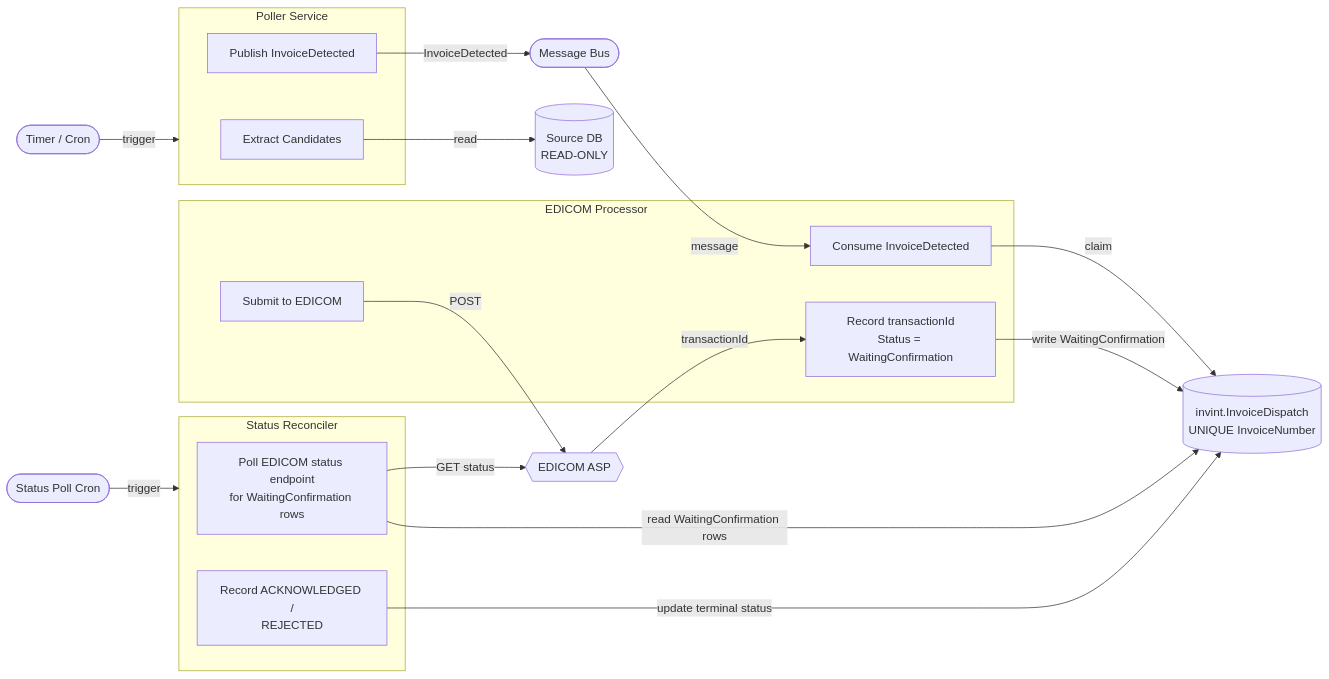
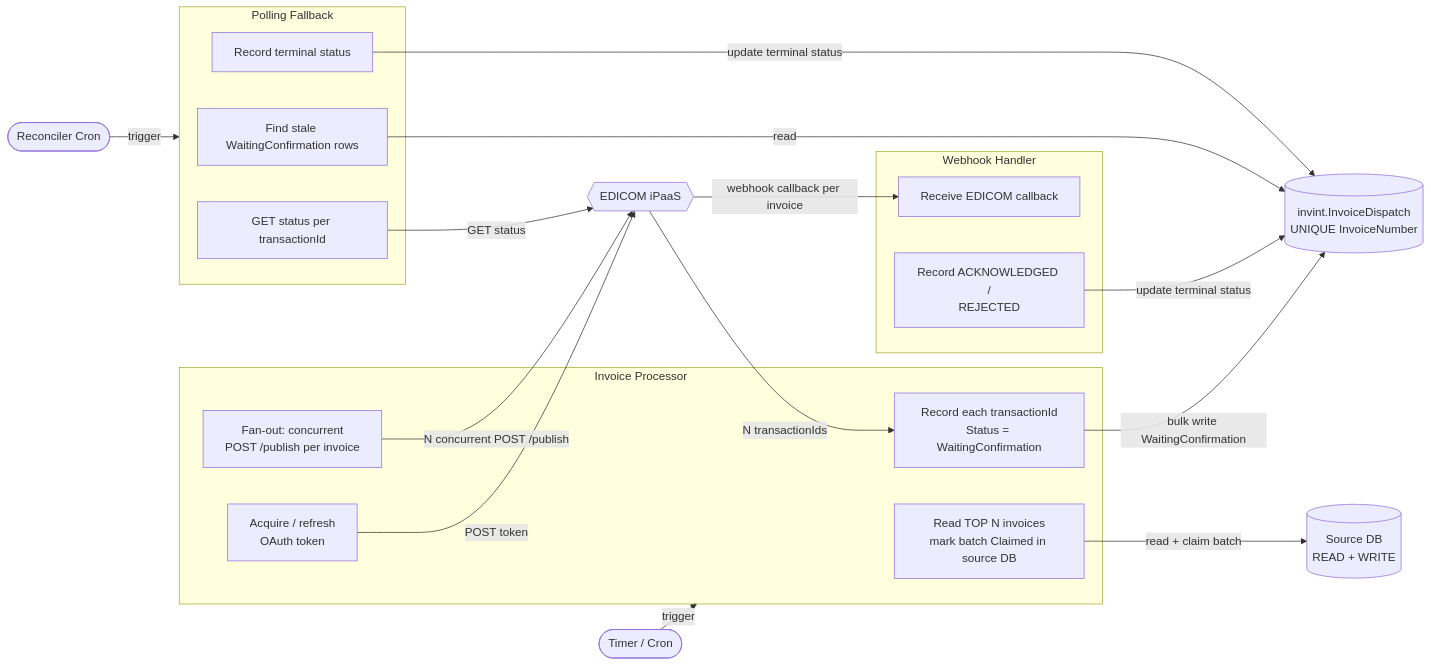
The third of 5 diagrams in InvoiceIntegrator/ARCHITECTURE-OPTIONS.md (ctorresunimag95/Designs), drawn with Mermaid before and after one commit. The commit also changed other lines of this file and 1 other file, not shown here.

````diff
--- a/InvoiceIntegrator/ARCHITECTURE-OPTIONS.md
+++ b/InvoiceIntegrator/ARCHITECTURE-OPTIONS.md
@@ -68,39 +130,40 @@
 ```mermaid
 flowchart LR
     Sched([Timer / Cron])
-    StatusSched([Status Poll Cron])
+    StatusSched([Reconciler Cron])
 
-    subgraph Poller[Poller Service]
-        Extract[Extract Candidates]
-        Publish[Publish InvoiceDetected]
+    subgraph Processor[Invoice Processor]
+        Poll[Read TOP N invoices\nmark batch Claimed in source DB]
+        Token[Acquire / refresh\nOAuth token]
+        Fan[Fan-out: concurrent\nPOST /publish per invoice]
+        RecordBatch[Record each transactionId\nStatus = WaitingConfirmation]
     end
 
-    subgraph Processor[EDICOM Processor]
-        Consume[Consume InvoiceDetected]
-        Submit[Submit to EDICOM]
-        RecordTxn[Record transactionId\nStatus = WaitingConfirmation]
-    end
-
-    subgraph Reconciler[Status Reconciler]
-        PollStatus[Poll EDICOM status endpoint\nfor WaitingConfirmation rows]
+    subgraph Webhook[Webhook Handler]
+        Receive[Receive EDICOM callback]
         RecordFinal[Record ACKNOWLEDGED /\nREJECTED]
     end
 
-    Source[(Source DB\nREAD-ONLY)]
+    subgraph Reconciler[Polling Fallback]
+        FindStale[Find stale WaitingConfirmation rows]
+        PollStatus[GET status per transactionId]
+        RecordFallback[Record terminal status]
+    end
+
+    Source[(Source DB\nREAD + WRITE)]
     Track[(invint.InvoiceDispatch\nUNIQUE InvoiceNumber)]
-    Bus([Message Bus])
-    Edicom{{EDICOM ASP}}
+    Edicom{{EDICOM iPaaS}}
 
-    Sched -- trigger --> Poller
-    Extract -- read --> Source
-    Publish -- InvoiceDetected --> Bus
-    Bus -- message --> Consume
-    Consume -- claim --> Track
-    Submit -- POST --> Edicom
-    Edicom -- transactionId --> RecordTxn
-    RecordTxn -- write WaitingConfirmation --> Track
+    Sched -- trigger --> Processor
+    Poll -- read + claim batch --> Source
+    Token -- POST token --> Edicom
+    Fan -- N concurrent POST /publish --> Edicom
+    Edicom -- N transactionIds --> RecordBatch
+    RecordBatch -- bulk write WaitingConfirmation --> Track
+    Edicom -- webhook callback per invoice --> Receive
+    RecordFinal -- update terminal status --> Track
     StatusSched -- trigger --> Reconciler
+    FindStale -- read --> Track
     PollStatus -- GET status --> Edicom
-    PollStatus -- read WaitingConfirmation rows --> Track
-    RecordFinal -- update terminal status --> Track
+    RecordFallback -- update terminal status --> Track
 ```
````
